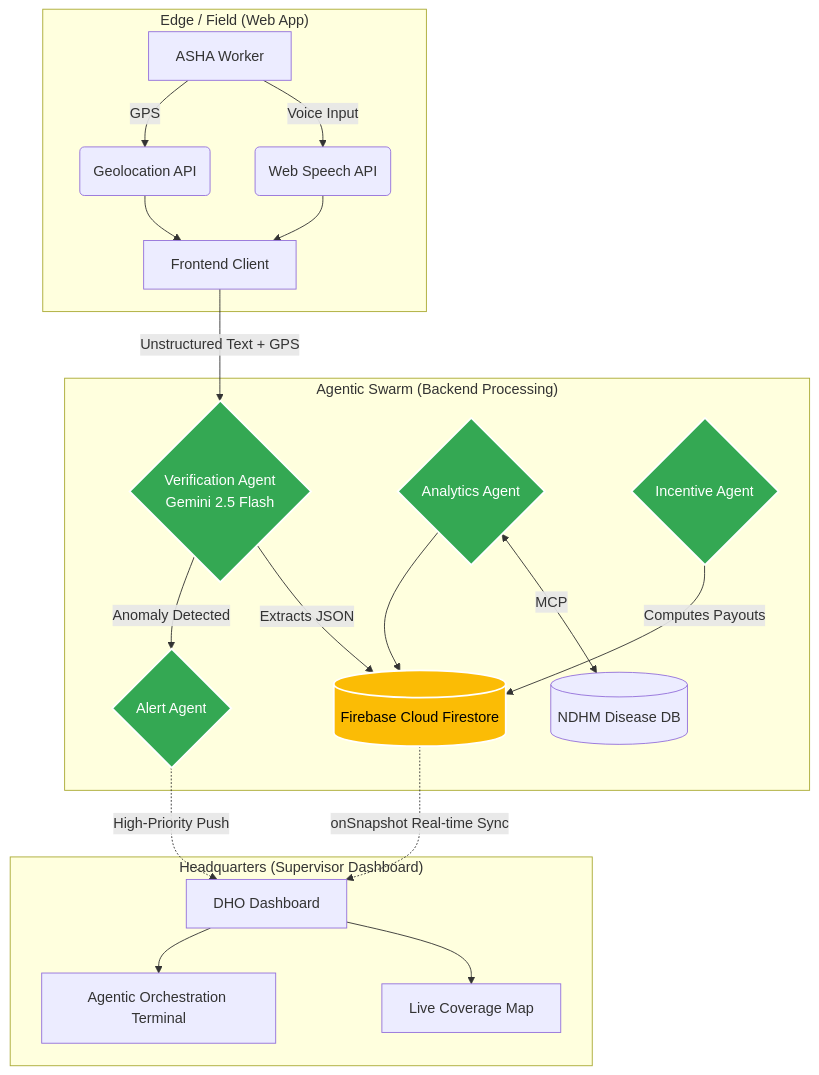
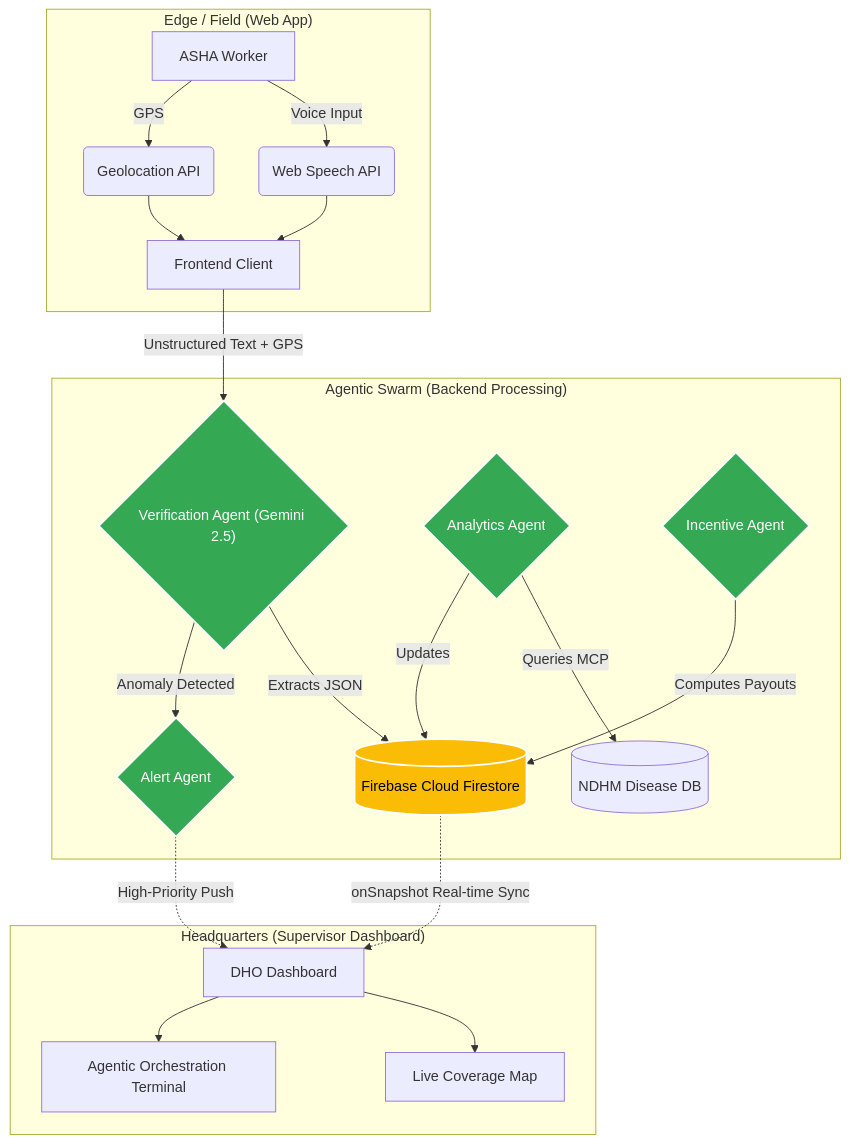
The first of 2 diagrams in README.md (Dineshkumar2006471/Intelli-Asha), drawn with Mermaid before and after one commit. The commit also changed other lines of this file, not shown here.

Commit message:
Fix Mermaid diagram syntax in README for GitHub compatibility

````diff
--- a/README.md
+++ b/README.md
@@ -71,32 +71,32 @@
 ```mermaid
 graph TD
-    subgraph "Edge / Field (Web App)"
+    subgraph Edge ["Edge / Field (Web App)"]
         A[ASHA Worker] -->|Voice Input| B(Web Speech API)
         B --> C[Frontend Client]
         A -->|GPS| D(Geolocation API)
         D --> C
     end
 
-    subgraph "Agentic Swarm (Backend Processing)"
-        C -->|Unstructured Text + GPS| E{Verification Agent<br/>Gemini 2.5 Flash}
+    subgraph Swarm ["Agentic Swarm (Backend Processing)"]
+        C -->|Unstructured Text + GPS| E{"Verification Agent (Gemini 2.5)"}
         E -->|Extracts JSON| F[(Firebase Cloud Firestore)]
-        E -- Anomaly Detected --> G{Alert Agent}
-        H{Analytics Agent} <-->|MCP| I[(NDHM Disease DB)]
-        H --> F
+        E -->|Anomaly Detected| G{Alert Agent}
+        H{Analytics Agent} -->|Queries MCP| I[(NDHM Disease DB)]
+        H -->|Updates| F
         I2{Incentive Agent} -->|Computes Payouts| F
     end
 
-    subgraph "Headquarters (Supervisor Dashboard)"
+    subgraph HQ ["Headquarters (Supervisor Dashboard)"]
         F -.->|onSnapshot Real-time Sync| J[DHO Dashboard]
         G -.->|High-Priority Push| J
         J --> K[Live Coverage Map]
         J --> L[Agentic Orchestration Terminal]
     end
 
     classDef google fill:#4285F4,stroke:#fff,stroke-width:2px,color:#fff;
     classDef agent fill:#34A853,stroke:#fff,stroke-width:2px,color:#fff;
     classDef db fill:#FBBC05,stroke:#fff,stroke-width:2px,color:#000;
     
     class E,G,H,I2 agent;
     class F db;
 ```
````
